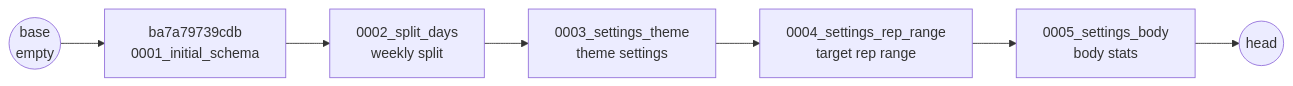
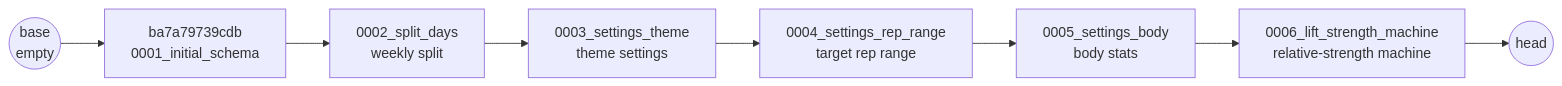
The second of 2 diagrams in docs/03-database/migrations.md (coopermay/fitness-tracker), drawn with Mermaid before and after one commit. The commit also changed other lines of this file and 45 other files, not shown here.

First line of the commit message:
Today tabs with Best/Goal; graded relative strength on a chosen machine

````diff
--- a/docs/03-database/migrations.md
+++ b/docs/03-database/migrations.md
@@ -35,4 +35,4 @@
 ```mermaid
 flowchart LR
-    base(("base<br/>empty")) --> m1["ba7a79739cdb<br/>0001_initial_schema"] --> m2["0002_split_days<br/>weekly split"] --> m3["0003_settings_theme<br/>theme settings"] --> m4["0004_settings_rep_range<br/>target rep range"] --> m5["0005_settings_body<br/>body stats"] --> head(("head"))
+    base(("base<br/>empty")) --> m1["ba7a79739cdb<br/>0001_initial_schema"] --> m2["0002_split_days<br/>weekly split"] --> m3["0003_settings_theme<br/>theme settings"] --> m4["0004_settings_rep_range<br/>target rep range"] --> m5["0005_settings_body<br/>body stats"] --> m6["0006_lift_strength_machine<br/>relative-strength machine"] --> head(("head"))
 ```
````
